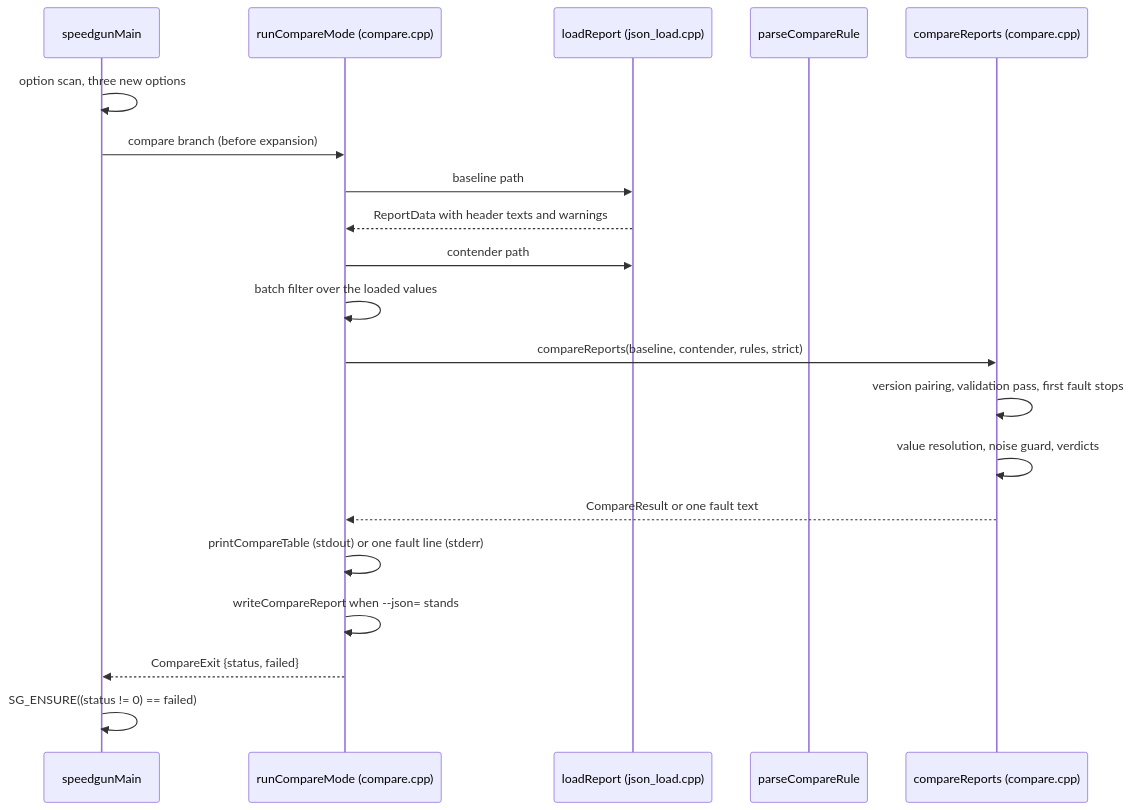
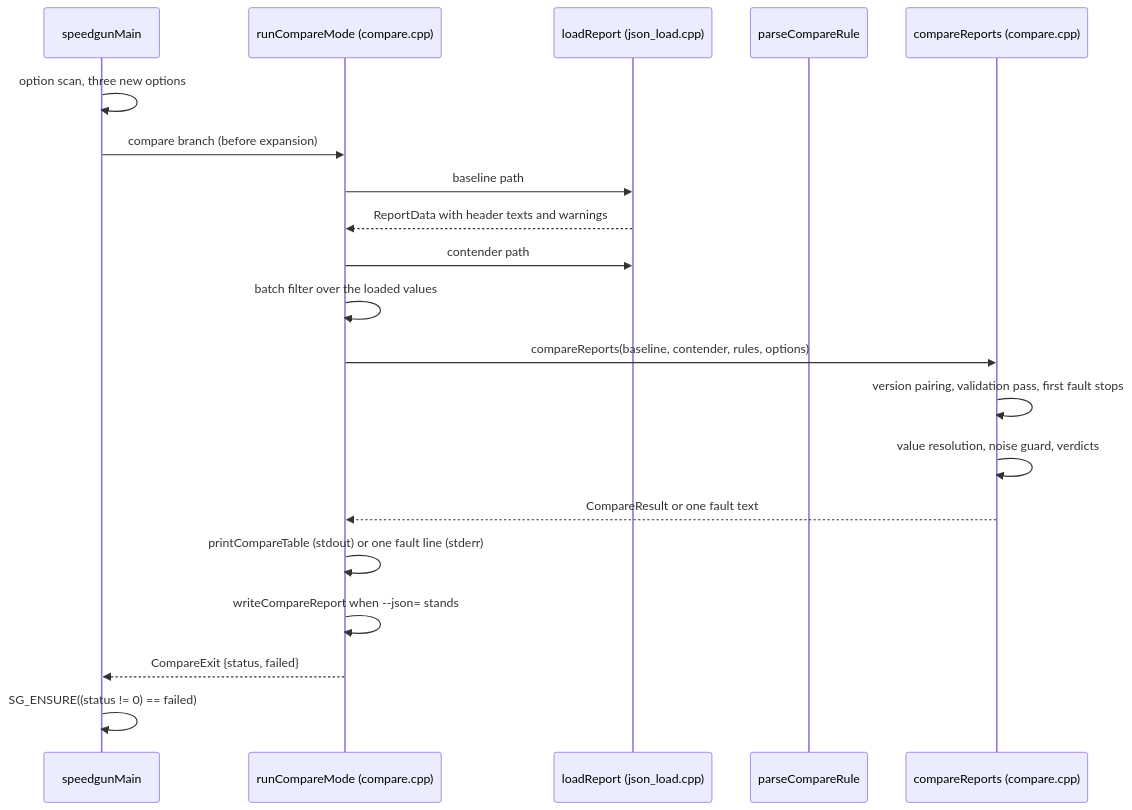
Before and after one commit to charlesarcher/speedgun-ng: the second of 2 diagrams in specs/026-regression-gate/plan.md, drawn with Mermaid. The commit also changed other lines of this file and 9 other files, not shown here.

````diff
--- a/specs/026-regression-gate/plan.md
+++ b/specs/026-regression-gate/plan.md
@@ -149,22 +149,22 @@
 ```mermaid
 sequenceDiagram
     participant M as speedgunMain
     participant C as runCompareMode (compare.cpp)
     participant L as loadReport (json_load.cpp)
     participant P as parseCompareRule
     participant X as compareReports (compare.cpp)
     M->>M: option scan, three new options
     M->>C: compare branch (before expansion)
     C->>L: baseline path
     L-->>C: ReportData with header texts and warnings
     C->>L: contender path
     C->>C: batch filter over the loaded values
-    C->>X: compareReports(baseline, contender, rules, strict)
+    C->>X: compareReports(baseline, contender, rules, options)
     X->>X: version pairing, validation pass, first fault stops
     X->>X: value resolution, noise guard, verdicts
     X-->>C: CompareResult or one fault text
     C->>C: printCompareTable (stdout) or one fault line (stderr)
     C->>C: writeCompareReport when --json= stands
     C-->>M: CompareExit {status, failed}
     M->>M: SG_ENSURE((status != 0) == failed)
 ```
````
